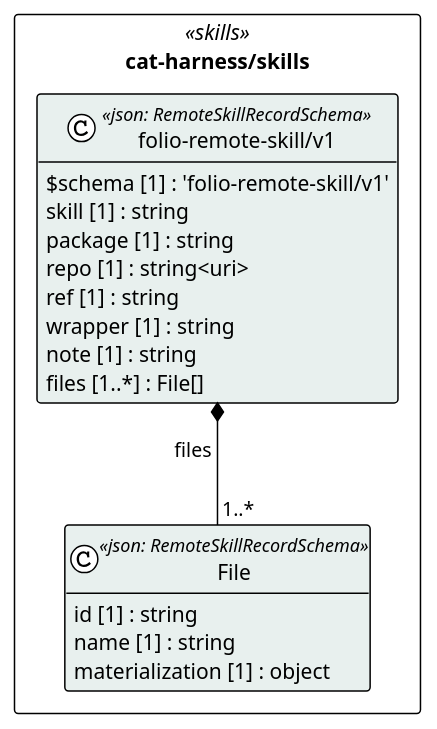
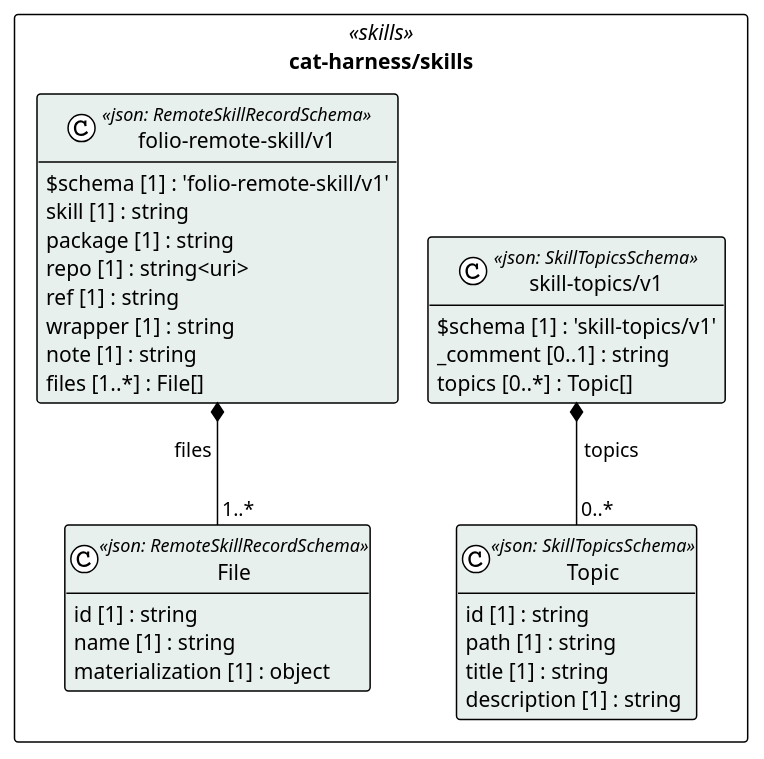
The diagram in cat-harness/uml/overview/cat-harness/skills.puml (litlfred/folio-assistant), drawn with PlantUML before and after one commit. The commit also changed 69 other files, not shown here.

First line of the commit message:
Register skills.json as the skill-topics/v1 family (fixes check:kind-validators)

```diff
--- a/cat-harness/uml/overview/cat-harness/skills.puml
+++ b/cat-harness/uml/overview/cat-harness/skills.puml
@@ -3,28 +3,40 @@
 @startuml cat_harness_skills
 !pragma layout elk
 !theme plain
 skinparam classAttributeIconSize 0
 skinparam shadowing false
 skinparam packageStyle rectangle
 hide empty methods
 
 package "cat-harness/skills" as pkg_cat_harness_skills <<skills>> {
   class "File" as cat_harness_skills_folio_remote_skill_v1_File <<json: RemoteSkillRecordSchema>> #e8f0ee {
     id [1] : string
     name [1] : string
     materialization [1] : object
   }
   class "folio-remote-skill/v1" as cat_harness_skills_folio_remote_skill_v1_folio_remote_skill_v1 <<json: RemoteSkillRecordSchema>> #e8f0ee {
     $schema [1] : 'folio-remote-skill/v1'
     skill [1] : string
     package [1] : string
     repo [1] : string<uri>
     ref [1] : string
     wrapper [1] : string
     note [1] : string
     files [1..*] : File[]
   }
+  class "Topic" as cat_harness_skills_skill_topics_v1_Topic <<json: SkillTopicsSchema>> #e8f0ee {
+    id [1] : string
+    path [1] : string
+    title [1] : string
+    description [1] : string
+  }
+  class "skill-topics/v1" as cat_harness_skills_skill_topics_v1_skill_topics_v1 <<json: SkillTopicsSchema>> #e8f0ee {
+    $schema [1] : 'skill-topics/v1'
+    _comment [0..1] : string
+    topics [0..*] : Topic[]
+  }
 }
 
 cat_harness_skills_folio_remote_skill_v1_folio_remote_skill_v1 *-- "1..*" cat_harness_skills_folio_remote_skill_v1_File : files
+cat_harness_skills_skill_topics_v1_skill_topics_v1 *-- "0..*" cat_harness_skills_skill_topics_v1_Topic : topics
 @enduml
```
